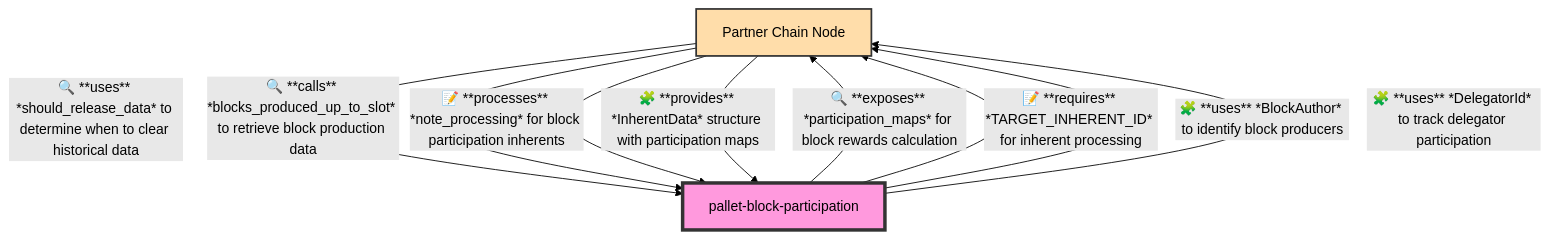
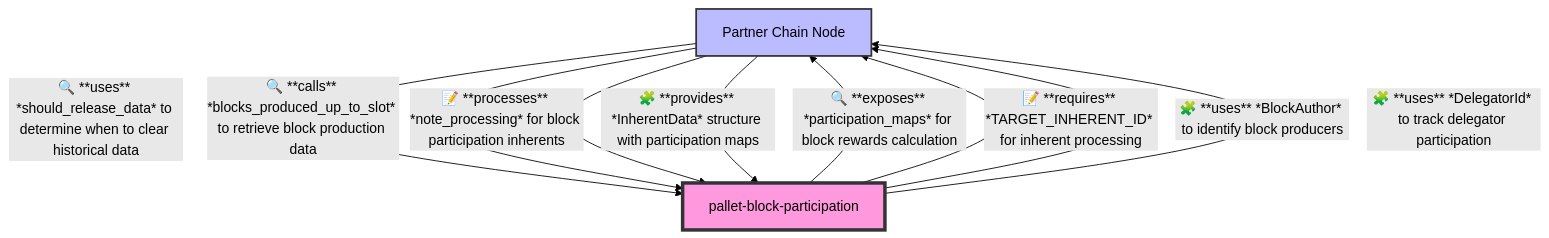
One commit to input-output-hk/partner-chains changed the second of 2 diagrams in toolkit/pallets/block-participation/README.md. Above: the diagram before and after it, drawn with Mermaid (forest theme).

Commit message:
pallet coupling diag added

````diff
--- a/toolkit/pallets/block-participation/README.md
+++ b/toolkit/pallets/block-participation/README.md
@@ -188,24 +188,24 @@
 ```mermaid
 graph TB
 classDef main fill:#f9d,stroke:#333,stroke-width:4px
-classDef node fill:#fda,stroke:#333,stroke-width:2px
+classDef consumer fill:#bbf,stroke:#333,stroke-width:2px
 classDef dependency fill:#ddd,stroke:#333,stroke-width:1px
 
 %% Node (positioned above)
 node[Partner Chain Node]:::consumer
 
 %% Main pallet (in the middle)
 blockParticipation[pallet-block-participation]:::main
 
 %% Relationships between node and block-participation pallet
 node -->|🔍 **uses** *should_release_data* to determine when to clear historical data| blockParticipation
 node -->|🔍 **calls** *blocks_produced_up_to_slot* to retrieve block production data| blockParticipation
 node -->|📝 **processes** *note_processing* for block participation inherents| blockParticipation
 node -->|🧩 **provides** *InherentData* structure with participation maps| blockParticipation
 
 %% Relationships that block-participation exposes to the node
 blockParticipation -->|🔍 **exposes** *participation_maps* for block rewards calculation| node
 blockParticipation -->|📝 **requires** *TARGET_INHERENT_ID* for inherent processing| node
 blockParticipation -->|🧩 **uses** *BlockAuthor* to identify block producers| node
 blockParticipation -->|🧩 **uses** *DelegatorId* to track delegator participation| node
 ```
````
